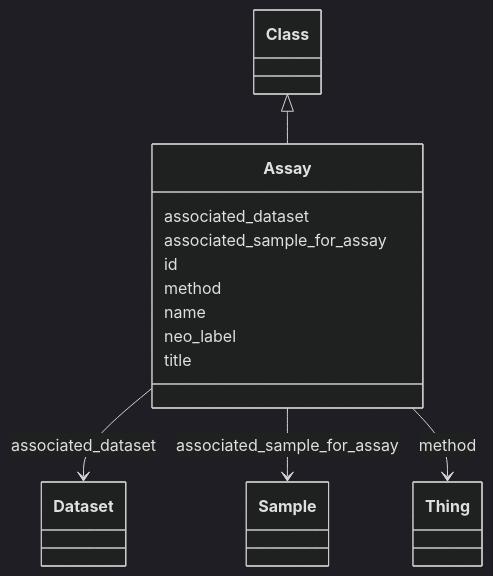
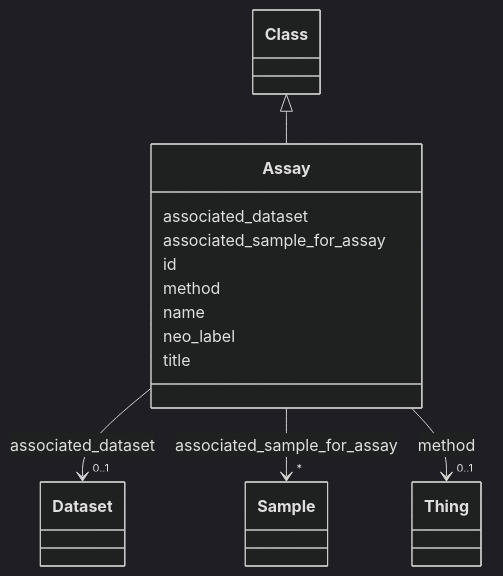
Before and after one commit to VirtualFlyBrain/vfb-scRNAseq-ontology: the diagram in docs/Assay.md, drawn with Mermaid (dark theme). The commit also changed other lines of this file and 52 other files, not shown here.

````diff
--- a/docs/Assay.md
+++ b/docs/Assay.md
@@ -10,27 +14,44 @@
 ```mermaid
  classDiagram
     class Assay
+    click Assay href "../Assay"
       Class <|-- Assay
+        click Class href "../Class"
       
       Assay : associated_dataset
         
-          Assay --> Dataset : associated_dataset
+          
+    
+    
+    Assay --> "0..1" Dataset : associated_dataset
+    click Dataset href "../Dataset"
+
         
       Assay : associated_sample_for_assay
         
-          Assay --> Sample : associated_sample_for_assay
+          
+    
+    
+    Assay --> "*" Sample : associated_sample_for_assay
+    click Sample href "../Sample"
+
         
       Assay : id
         
       Assay : method
         
-          Assay --> Thing : method
+          
+    
+    
+    Assay --> "0..1" Thing : method
+    click Thing href "../Thing"
+
         
       Assay : name
         
       Assay : neo_label
         
       Assay : title
         
       
 ```
````
